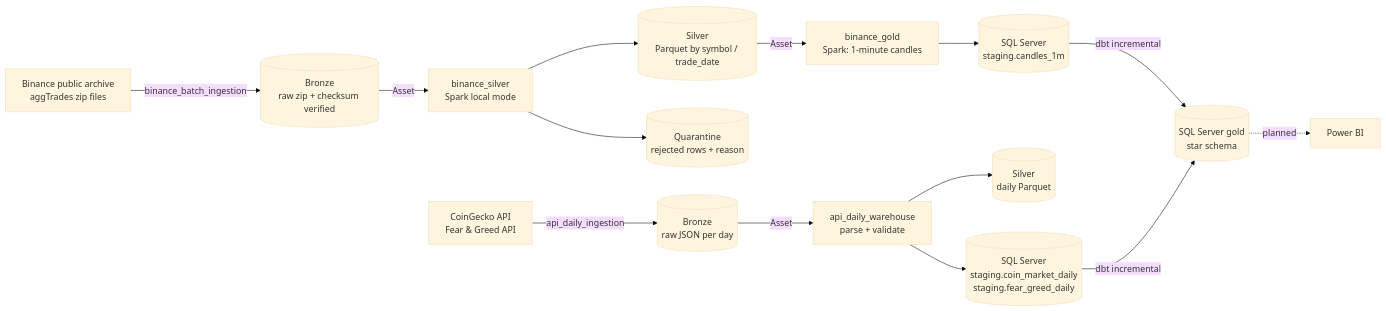
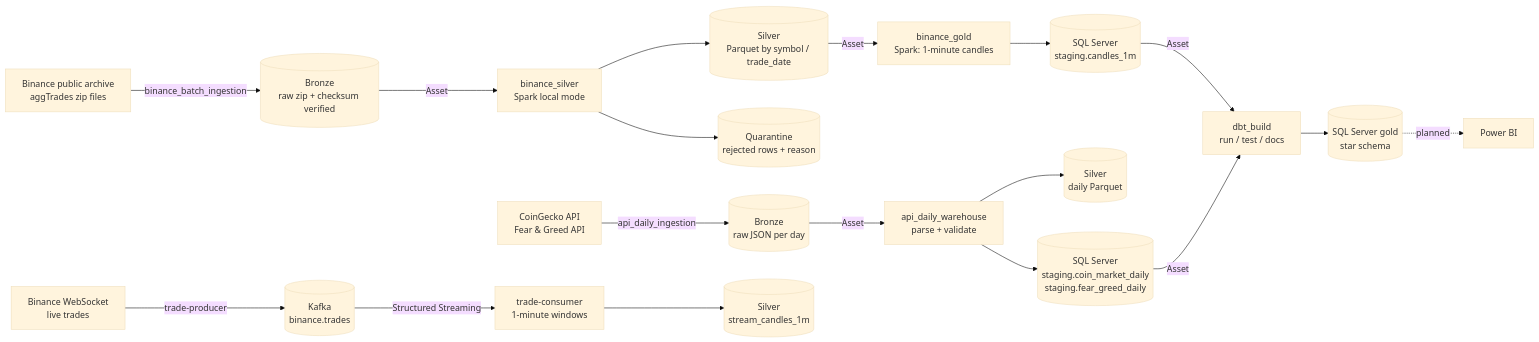
One commit to yusuf-kamal/crypto-platform changed the first of 2 diagrams in README.md. Above: the diagram before and after it, drawn with Mermaid (base theme). The commit also changed other lines of this file and 30 other files, not shown here.

First line of the commit message:
feat: orchestrate dbt, stream live trades, add observability and a one-command start

````diff
--- a/README.md
+++ b/README.md
@@ -46,16 +47,20 @@
 ```mermaid
 flowchart LR
     A[Binance public archive<br/>aggTrades zip files] -->|binance_batch_ingestion| B[(Bronze<br/>raw zip + checksum verified)]
     B -->|Asset| C[binance_silver<br/>Spark local mode]
     C --> D[(Silver<br/>Parquet by symbol / trade_date)]
     C --> Q[(Quarantine<br/>rejected rows + reason)]
     D -->|Asset| E[binance_gold<br/>Spark: 1-minute candles]
     E --> F[(SQL Server<br/>staging.candles_1m)]
-    F -->|dbt incremental| G[(SQL Server gold<br/>star schema)]
+    F -->|Asset| N[dbt_build<br/>run / test / docs]
+    N --> G[(SQL Server gold<br/>star schema)]
     I[CoinGecko API<br/>Fear & Greed API] -->|api_daily_ingestion| J[(Bronze<br/>raw JSON per day)]
     J -->|Asset| K[api_daily_warehouse<br/>parse + validate]
     K --> L[(Silver<br/>daily Parquet)]
     K --> M[(SQL Server<br/>staging.coin_market_daily<br/>staging.fear_greed_daily)]
-    M -->|dbt incremental| G
+    M -->|Asset| N
+    S[Binance WebSocket<br/>live trades] -->|trade-producer| T[(Kafka<br/>binance.trades)]
+    T -->|Structured Streaming| U[trade-consumer<br/>1-minute windows]
+    U --> V[(Silver<br/>stream_candles_1m)]
     G -.->|planned| H[Power BI]
 ```
````
